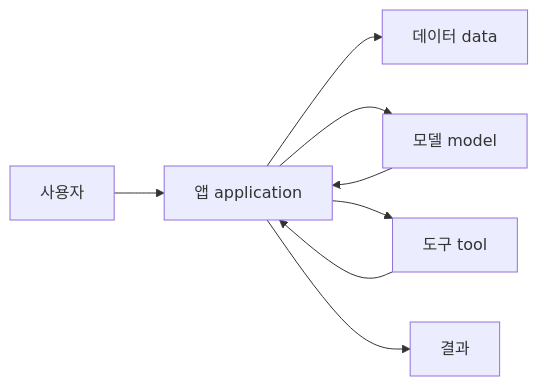
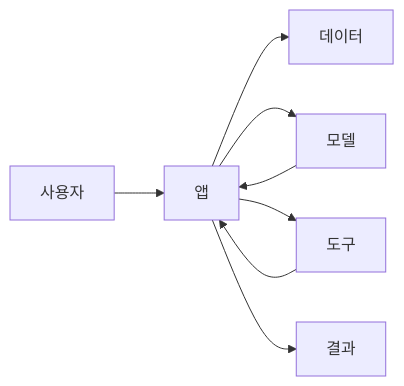
One commit to devchan64/AiBook changed the diagram in docs/parts/part-01/chapter-14/section-01.md. Above: the diagram before and after it, drawn with Mermaid. The commit also changed other lines of this file and 13 other files, not shown here.

Commit message:
Translate Part 1 Korean diagrams

````diff
--- a/docs/parts/part-01/chapter-14/section-01.md
+++ b/docs/parts/part-01/chapter-14/section-01.md
@@ -204,17 +204,17 @@
 ```mermaid
 flowchart LR
   U[사용자]
-  A[앱 application]
-  D[데이터 data]
-  M[모델 model]
-  T[도구 tool]
+  A[앱]
+  D[데이터]
+  M[모델]
+  T[도구]
   R[결과]
 
   U --> A
   A --> D
   A --> M
   M --> A
   A --> T
   T --> A
   A --> R
 ```
````
